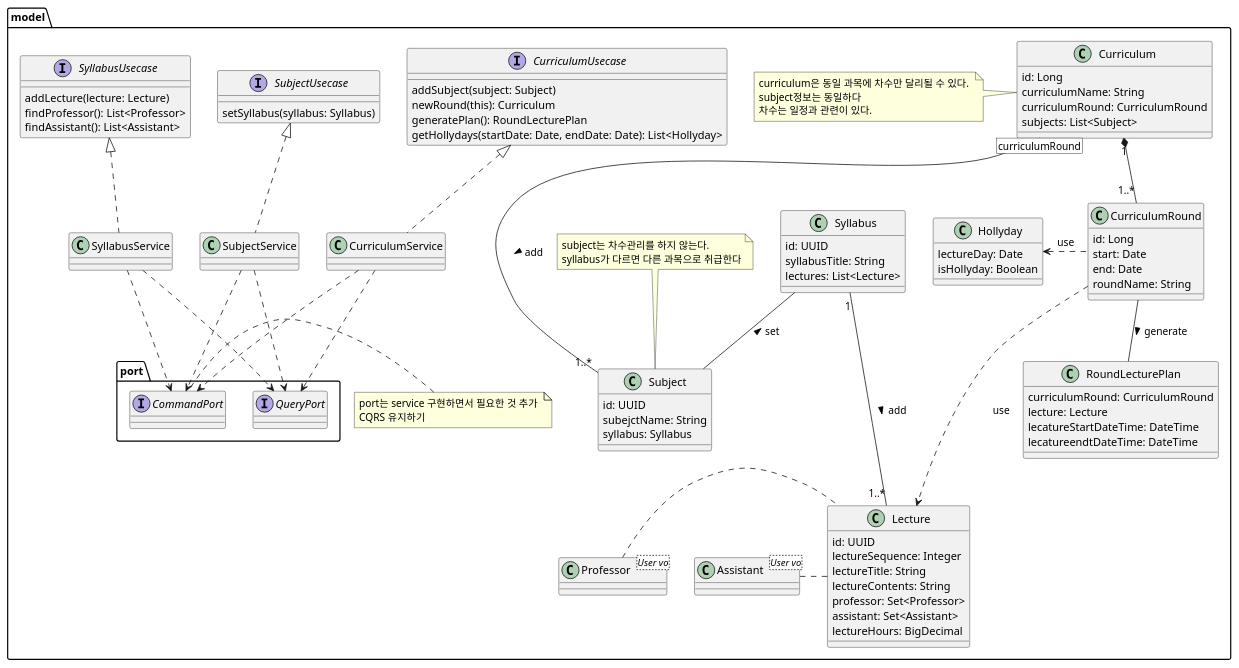
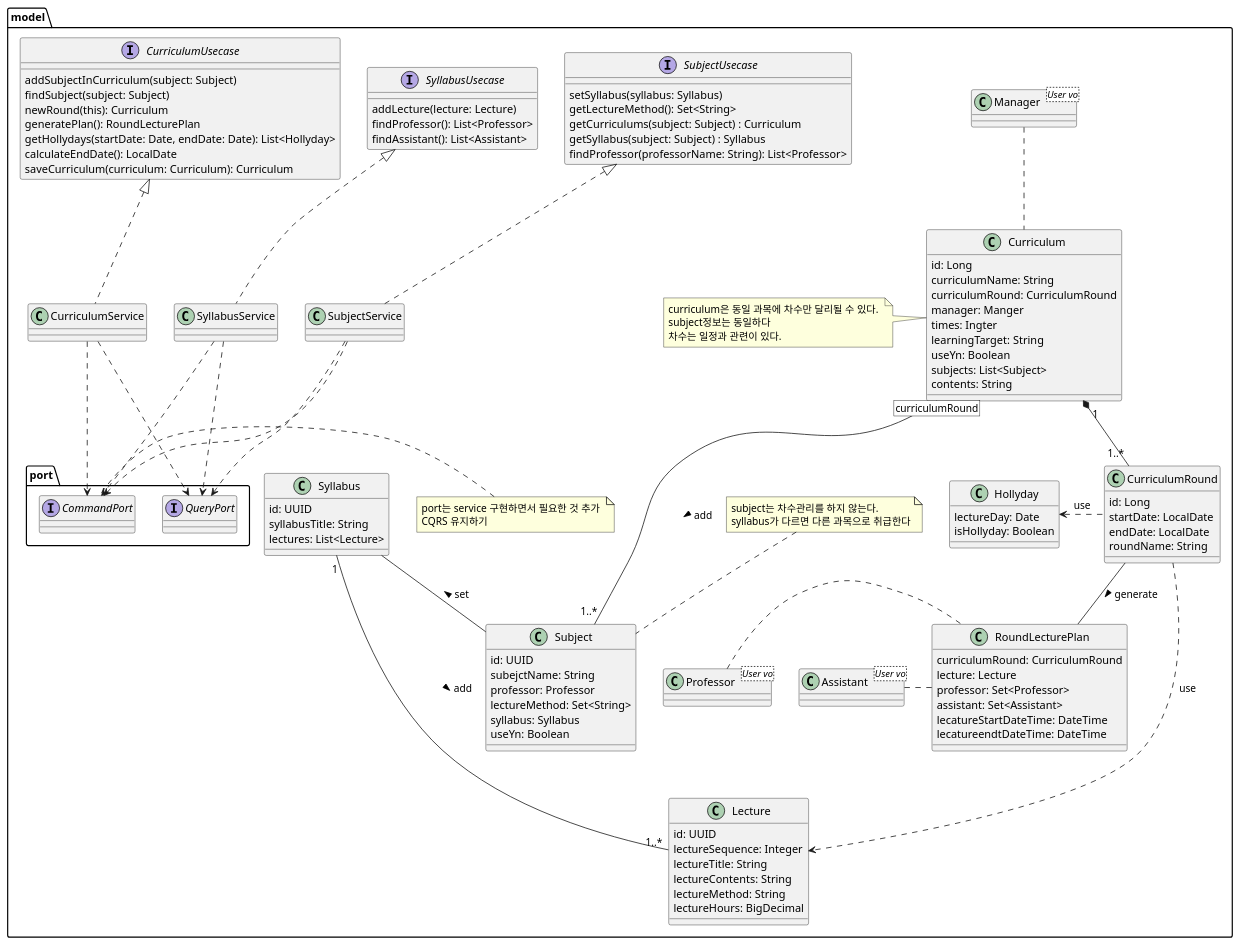
The diagram in src/main/java/dev/ohhoonim/lms/domain/learningCourses/design/model.md (ohhoonim/lms), drawn with PlantUML before and after one commit. The commit also changed 10 other files, not shown here.

````diff
--- a/src/main/java/dev/ohhoonim/lms/domain/learningCourses/design/model.md
+++ b/src/main/java/dev/ohhoonim/lms/domain/learningCourses/design/model.md
@@ -5,23 +5,31 @@
 ```plantuml
 @startuml
 package model {
+    class Manager <User vo>
     '학습과정(커리큘럼)
     class Curriculum {
         id: Long
         curriculumName: String
         curriculumRound: CurriculumRound
+        manager: Manger
+        times: Ingter
+        learningTarget: String
+        useYn: Boolean
         subjects: List<Subject>
-        
+        contents: String 
     }
     note left 
         curriculum은 동일 과목에 차수만 달리될 수 있다. 
         subject정보는 동일하다
         차수는 일정과 관련이 있다. 
     end note
+    
+    Manager .. Curriculum
+    
     class CurriculumRound {
         id: Long
-        start: Date
-        end: Date
+        startDate: LocalDate
+        endDate: LocalDate
         roundName: String
         
     }
@@ -29,6 +37,8 @@
     class RoundLecturePlan {
         curriculumRound: CurriculumRound
         lecture: Lecture
+        professor: Set<Professor>
+        assistant: Set<Assistant>
         lecatureStartDateTime: DateTime
         lecatureendtDateTime: DateTime
     }
@@ -46,7 +56,10 @@
     class Subject {
         id: UUID
         subejctName: String
+        professor: Professor
+        lectureMethod: Set<String>
         syllabus: Syllabus
+        useYn: Boolean
         
     }
     note top
@@ -65,8 +78,7 @@
         lectureSequence: Integer
         lectureTitle: String
         lectureContents: String
-        professor: Set<Professor>
-        assistant: Set<Assistant>
+        lectureMethod: String
         lectureHours: BigDecimal
         
     }
@@ -77,19 +89,25 @@
     Curriculum [curriculumRound] --- "1..*" Subject : add >
     Subject -left- Syllabus : set >
     Syllabus "1" --- "1..*" Lecture : add >
-    Lecture .left. Professor
-    Lecture .left. Assistant
+    RoundLecturePlan .left. Professor
+    RoundLecturePlan .left. Assistant
 
     interface CurriculumUsecase {
-        addSubject(subject: Subject)
+        addSubjectInCurriculum(subject: Subject)
+        findSubject(subject: Subject)
         newRound(this): Curriculum
         generatePlan(): RoundLecturePlan
         getHollydays(startDate: Date, endDate: Date): List<Hollyday>
-
+        calculateEndDate(): LocalDate
+        saveCurriculum(curriculum: Curriculum): Curriculum
     }
 
     interface SubjectUsecase {
         setSyllabus(syllabus: Syllabus)
+        getLectureMethod(): Set<String>
+        getCurriculums(subject: Subject) : Curriculum
+        getSyllabus(subject: Subject) : Syllabus
+        findProfessor(professorName: String): List<Professor>
     }
 
     interface SyllabusUsecase {
````
